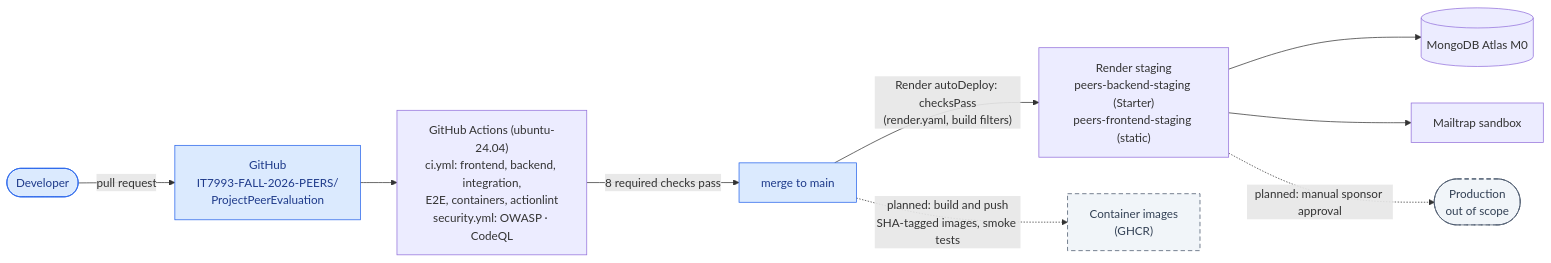
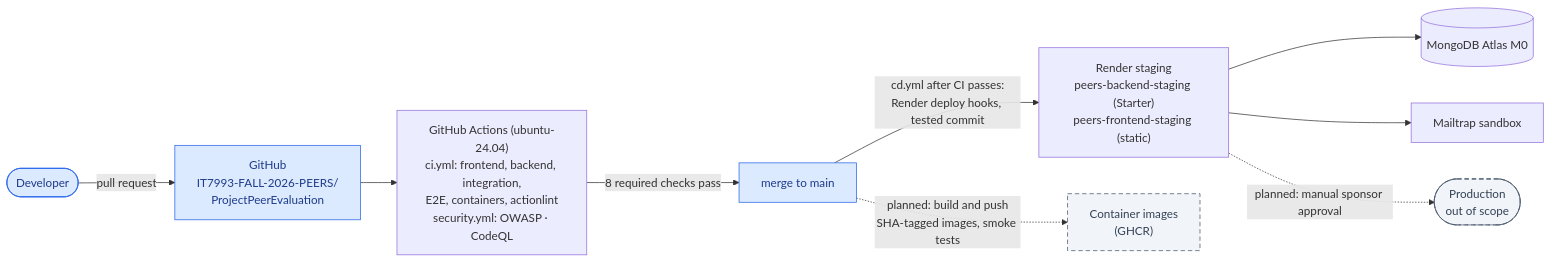
The fifth of 5 diagrams in docs/architecture/system-architecture.md (IT7993-FALL-2026-PEERS/ProjectPeerEvaluation), drawn with Mermaid before and after one commit. The commit also changed other lines of this file and 7 other files, not shown here.

First line of the commit message:
Deploy staging from CD after CI passes, with Render auto-deploy off (CICD-12)

````diff
--- a/docs/architecture/system-architecture.md
+++ b/docs/architecture/system-architecture.md
@@ -228,16 +228,16 @@
 ```mermaid
 flowchart LR
     DEV(["Developer"]) -->|pull request| GH["GitHub<br/>IT7993-FALL-2026-PEERS/<br/>ProjectPeerEvaluation"]
     GH --> CI["GitHub Actions (ubuntu-24.04)<br/>ci.yml: frontend, backend, integration,<br/>E2E, containers, actionlint<br/>security.yml: OWASP · CodeQL"]
     CI -->|"8 required checks pass"| MAIN["merge to main"]
-    MAIN -->|"Render autoDeploy: checksPass<br/>(render.yaml, build filters)"| STG["Render staging<br/>peers-backend-staging (Starter)<br/>peers-frontend-staging (static)"]
+    MAIN -->|"cd.yml after CI passes:<br/>Render deploy hooks, tested commit"| STG["Render staging<br/>peers-backend-staging (Starter)<br/>peers-frontend-staging (static)"]
     STG --> ATLAS[("MongoDB Atlas M0")]
     STG --> MT["Mailtrap sandbox"]
     STG -. "planned: manual sponsor approval" .-> PROD(["Production<br/>out of scope"])
     MAIN -. "planned: build and push<br/>SHA-tagged images, smoke tests" .-> IMG["Container images<br/>(GHCR)"]
 
     classDef ep fill:#dbeafe,stroke:#2563eb,color:#1e3a8a
     classDef plan fill:#f1f5f9,stroke:#475569,color:#334155,stroke-dasharray: 6 4
     class DEV,GH,MAIN ep
     class PROD,IMG plan
 ```
````
